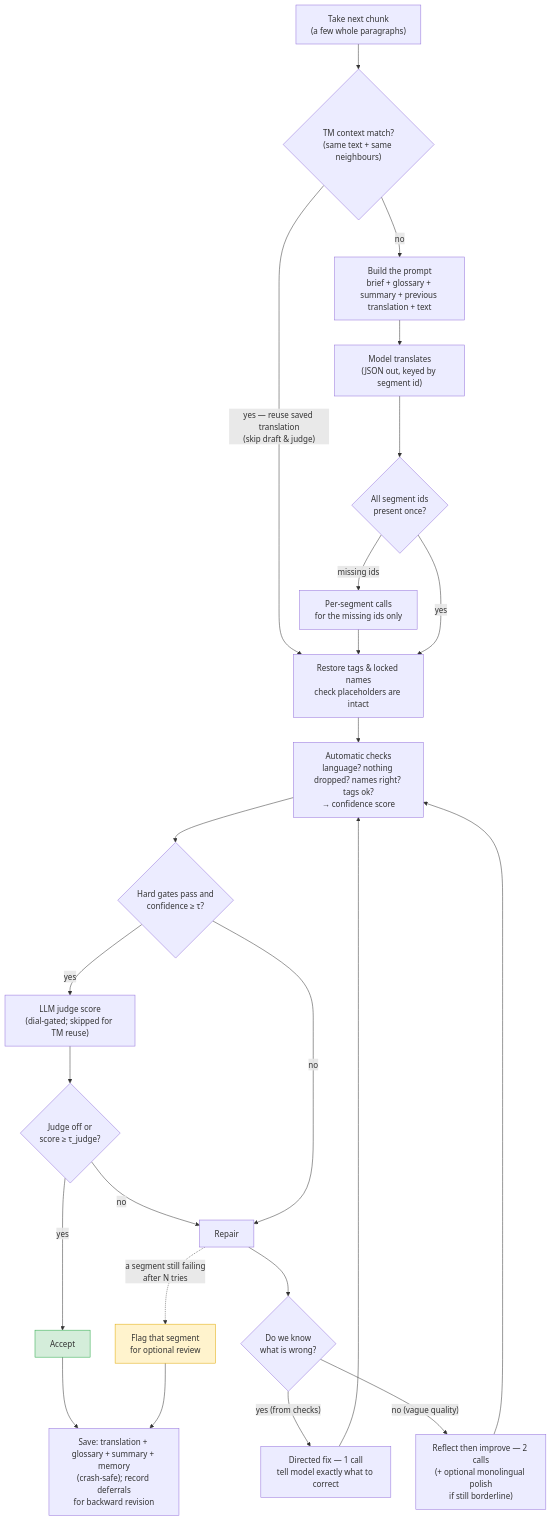
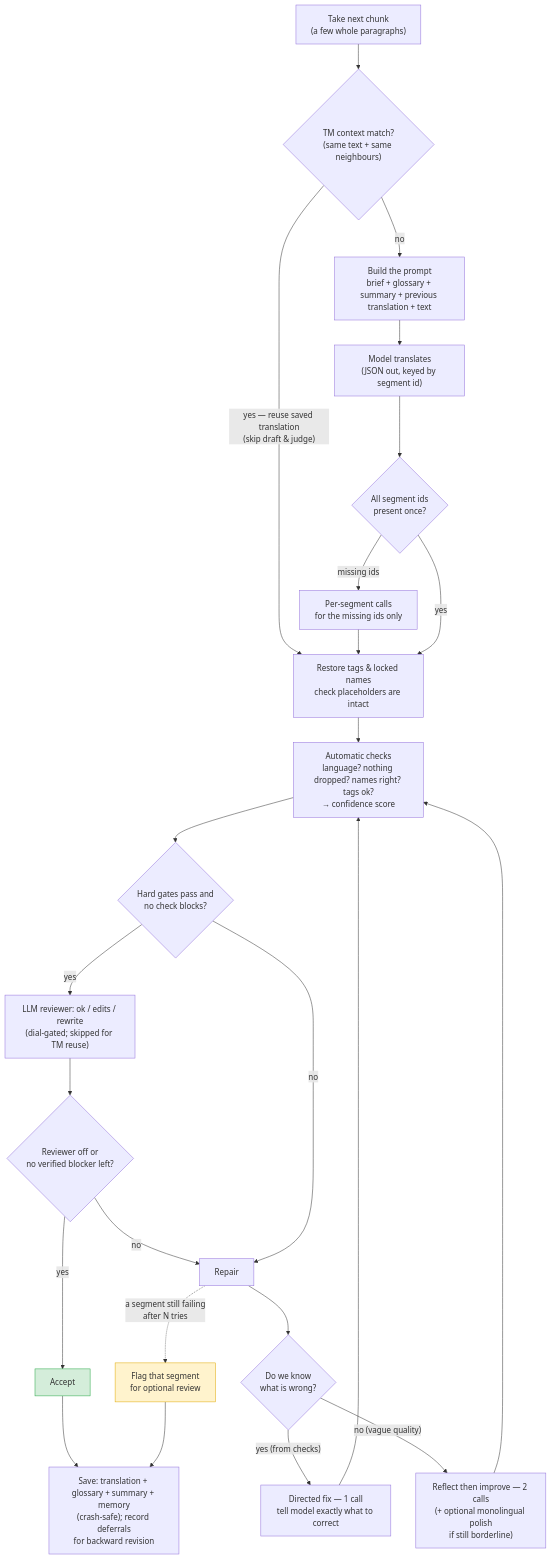
Before and after one commit to sanyokkua/book_loom: the diagram in docs/specification/diagrams/chunk-translate-loop.mermaid, drawn with Mermaid. The commit also changed 2760 other files, not shown here.

```diff
--- a/docs/specification/diagrams/chunk-translate-loop.mermaid
+++ b/docs/specification/diagrams/chunk-translate-loop.mermaid
@@ -1,26 +1,26 @@
 flowchart TD
     A["Take next chunk<br/>(a few whole paragraphs)"] --> TM{"TM context match?<br/>(same text + same neighbours)"}
     TM -- " yes — reuse saved translation<br/>(skip draft & judge) " --> D
     TM -- no --> B["Build the prompt<br/>brief + glossary + summary + previous translation + text"]
     B --> C["Model translates<br/>(JSON out, keyed by segment id)"]
     C --> IDM{"All segment ids<br/>present once?"}
     IDM -- " missing ids " --> PS["Per-segment calls<br/>for the missing ids only"]
     PS --> D
     IDM -- yes --> D["Restore tags & locked names<br/>check placeholders are intact"]
     D --> E["Automatic checks<br/>language? nothing dropped? names right? tags ok?<br/>→ confidence score"]
-    E --> F{"Hard gates pass and<br/>confidence ≥ τ?"}
-    F -- yes --> G["LLM judge score<br/>(dial-gated; skipped for TM reuse)"]
-    G --> H{"Judge off or<br/>score ≥ τ_judge?"}
+    E --> F{"Hard gates pass and<br/>no check blocks?"}
+    F -- yes --> G["LLM reviewer: ok / edits / rewrite<br/>(dial-gated; skipped for TM reuse)"]
+    G --> H{"Reviewer off or<br/>no verified blocker left?"}
     H -- yes --> ACC["Accept"]
     H -- no --> R
     F -- no --> R["Repair"]
     R --> R1{"Do we know<br/>what is wrong?"}
     R1 -- " yes (from checks) " --> R2["Directed fix — 1 call<br/>tell model exactly what to correct"]
     R1 -- " no (vague quality) " --> R3["Reflect then improve — 2 calls<br/>(+ optional monolingual polish<br/>if still borderline)"]
     R2 --> E
     R3 --> E
     R -. " a segment still failing<br/>after N tries " .-> FLAG["Flag that segment<br/>for optional review"]
     ACC --> SAVE["Save: translation + glossary + summary + memory<br/>(crash-safe); record deferrals<br/>for backward revision"]
     FLAG --> SAVE
     style ACC fill: #d4edda, stroke: #28a745
     style FLAG fill: #fff3cd, stroke: #e0a800
```
